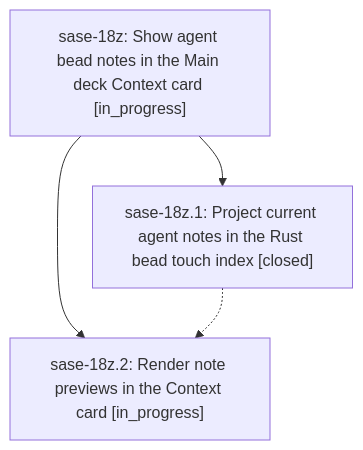
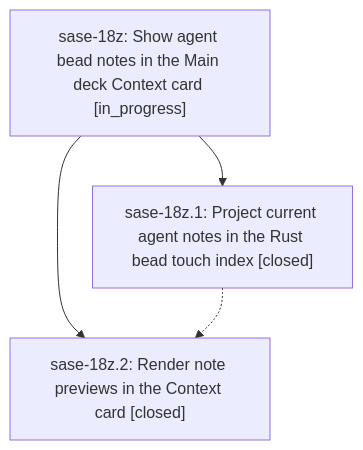
One commit to sase-org/sase--beads changed the diagram in pages/sase-18z/README.md. Above: the diagram before and after it, drawn with Mermaid. The commit also changed other lines of this file and 2 other files, not shown here.

First line of the commit message:
chore(beads): sync bead state and pages for sase-18z

````diff
--- a/pages/sase-18z/README.md
+++ b/pages/sase-18z/README.md
@@ -23,9 +23,9 @@
 ```mermaid
 flowchart TD
     n0["sase-18z: Show agent bead notes in the Main deck Context card [in_progress]"]
     n1["sase-18z.1: Project current agent notes in the Rust bead touch index [closed]"]
-    n2["sase-18z.2: Render note previews in the Context card [in_progress]"]
+    n2["sase-18z.2: Render note previews in the Context card [closed]"]
     n0 --> n1
     n0 --> n2
     n1 -.-> n2
 ```
````
